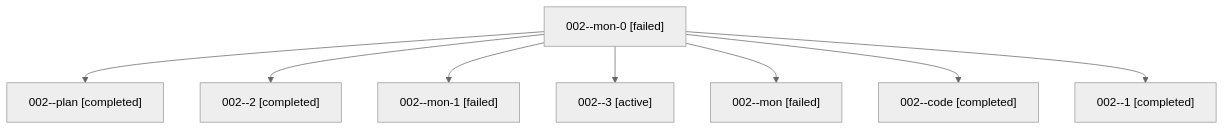
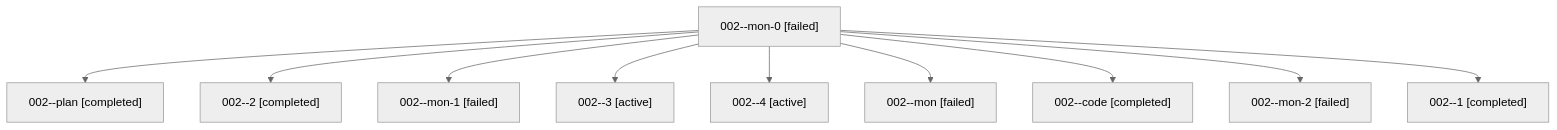
One commit to sase-org/sase--agents changed the diagram in families/bbugyi200.athena.002.md. Above: the diagram before and after it, drawn with Mermaid (neutral theme). The commit also changed other lines of this file and 18 other files, not shown here.

````diff
--- a/families/bbugyi200.athena.002.md
+++ b/families/bbugyi200.athena.002.md
@@ -9,18 +9,22 @@
 ```mermaid
 flowchart TD
   n0["002--mon-0 [failed]"]
   n1["002--plan [completed]"]
   n0 --> n1
   n2["002--2 [completed]"]
   n0 --> n2
   n3["002--mon-1 [failed]"]
   n0 --> n3
   n4["002--3 [active]"]
   n0 --> n4
-  n5["002--mon [failed]"]
+  n5["002--4 [active]"]
   n0 --> n5
-  n6["002--code [completed]"]
+  n6["002--mon [failed]"]
   n0 --> n6
-  n7["002--1 [completed]"]
+  n7["002--code [completed]"]
   n0 --> n7
+  n8["002--mon-2 [failed]"]
+  n0 --> n8
+  n9["002--1 [completed]"]
+  n0 --> n9
 ```
````
